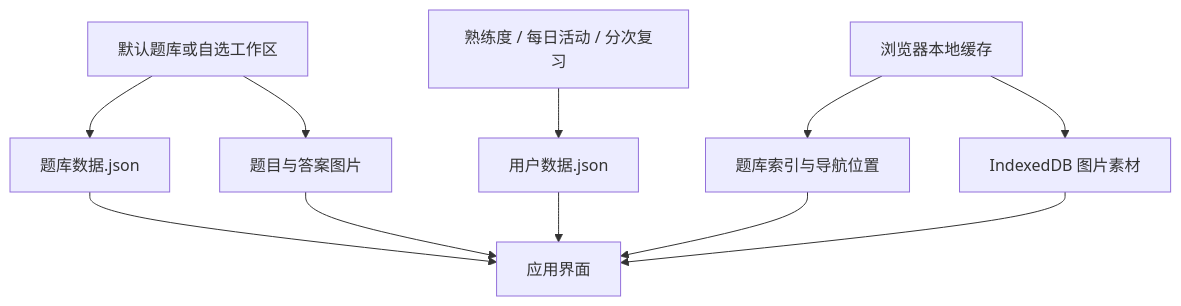
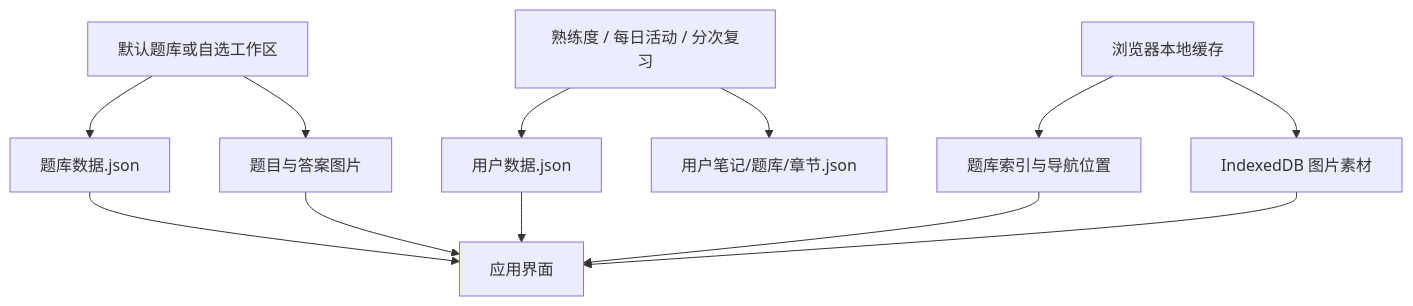
One commit to EnderRayven/NPEElearningtool changed the second of 2 diagrams in README.md. Above: the diagram before and after it, drawn with Mermaid. The commit also changed other lines of this file and 150 other files, not shown here.

````diff
--- a/README.md
+++ b/README.md
@@ -361,13 +368,14 @@
 ```mermaid
 flowchart TD
     A[默认题库或自选工作区] --> B[题库数据.json]
     A --> C[题目与答案图片]
     D[熟练度 / 每日活动 / 分次复习] --> E[用户数据.json]
     F[浏览器本地缓存] --> G[题库索引与导航位置]
     F --> H[IndexedDB 图片素材]
+    D --> J[用户笔记/题库/章节.json]
     B --> I[应用界面]
     C --> I
     E --> I
     G --> I
     H --> I
 ```
````
